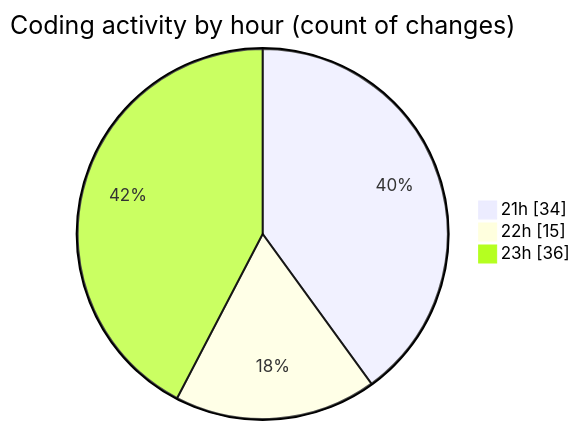
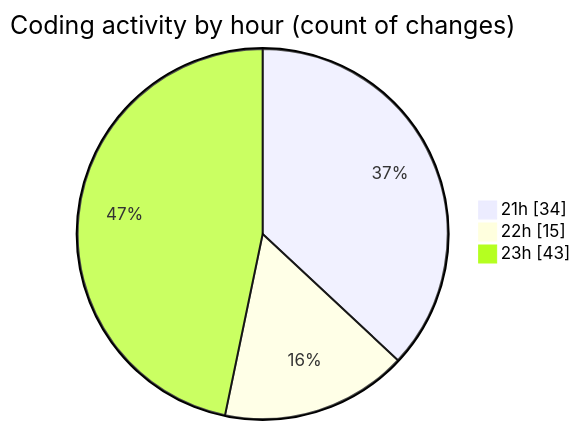
One commit to Ritupan-Deka/code-tracking changed the second of 2 diagrams in 2025-10-31/backend/README.md. Above: the diagram before and after it, drawn with Mermaid. The commit also changed other lines of this file and 1 other file, not shown here.

````diff
--- a/2025-10-31/backend/README.md
+++ b/2025-10-31/backend/README.md
@@ -41,7 +41,7 @@
 ```mermaid
 pie showData
 title Coding activity by hour (count of changes)
 "21h" : 34
 "22h" : 15
-"23h" : 36
+"23h" : 43
 ```
````
